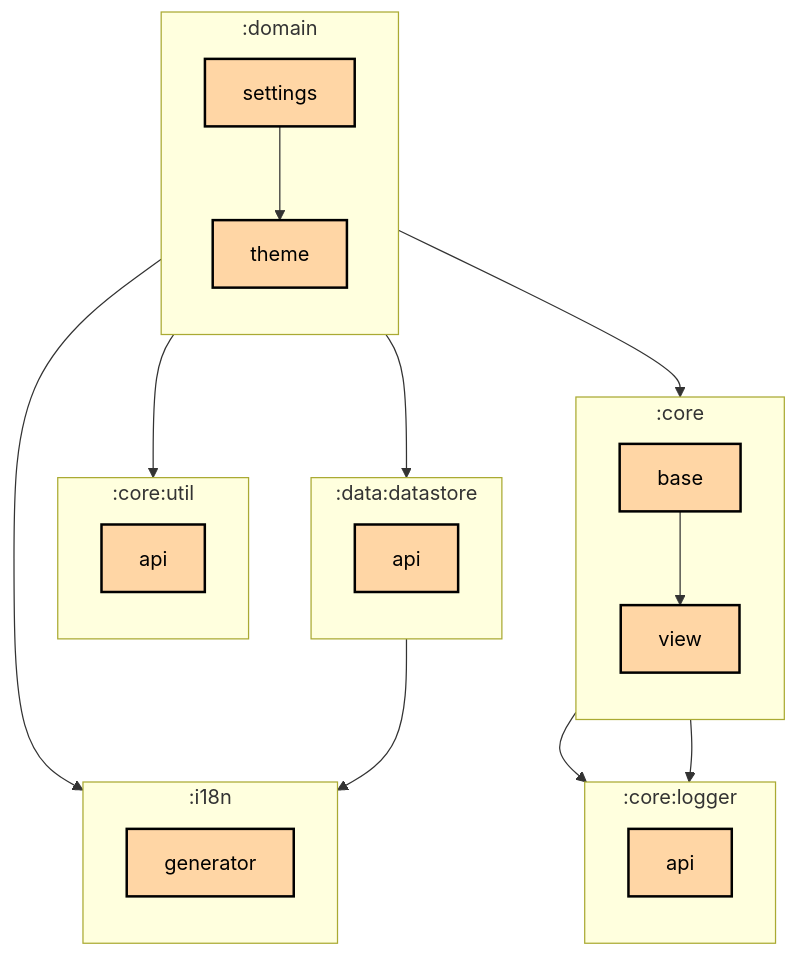
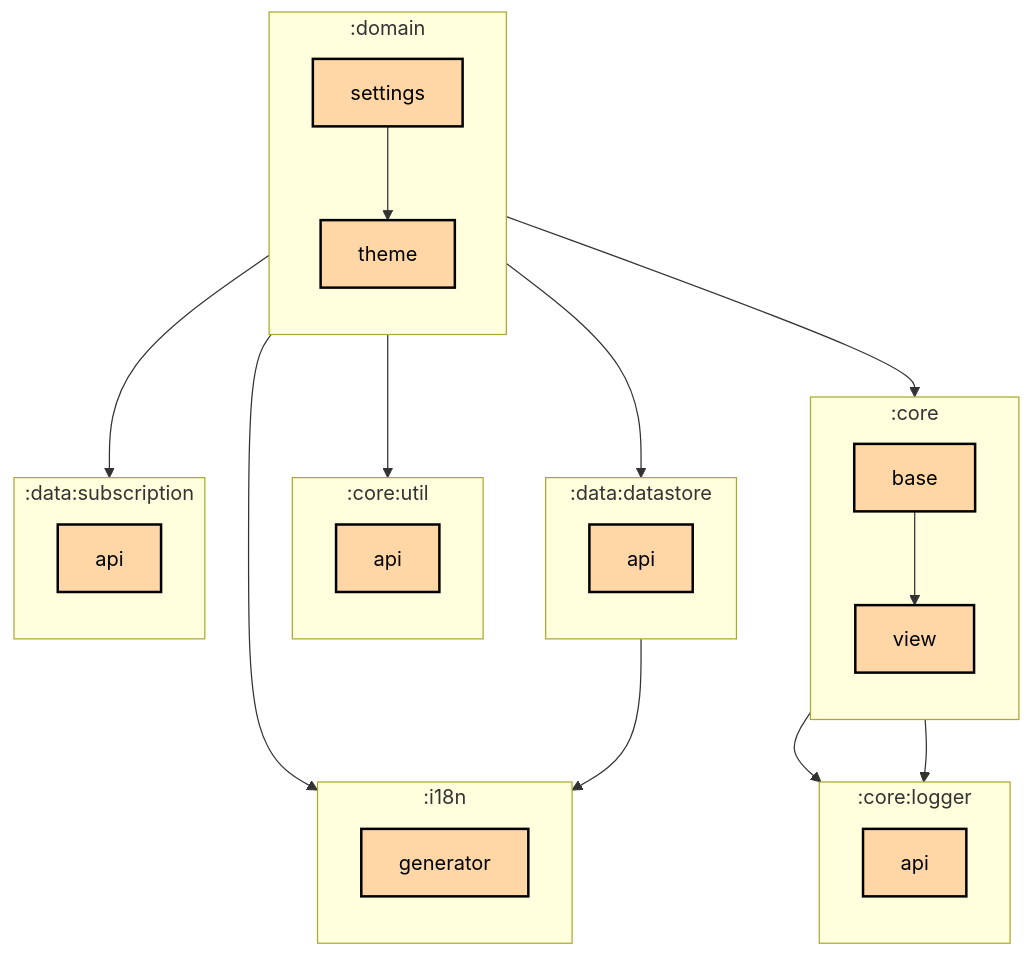
Before and after one commit to thomaskioko/tv-maniac: the first of 2 diagrams in domain/settings/README.md, drawn with Mermaid. The commit also changed 6 other files, not shown here.

````diff
--- a/domain/settings/README.md
+++ b/domain/settings/README.md
@@ -6,45 +6,50 @@
 ```mermaid
 graph TB
   subgraph :core
     direction TB
     :core:base[base]:::multiplatform
     :core:view[view]:::multiplatform
   end
   subgraph :core:logger
     direction TB
     :core:logger:api[api]:::multiplatform
   end
   subgraph :core:util
     direction TB
     :core:util:api[api]:::multiplatform
   end
   subgraph :data:datastore
     direction TB
     :data:datastore:api[api]:::multiplatform
   end
+  subgraph :data:subscription
+    direction TB
+    :data:subscription:api[api]:::multiplatform
+  end
   subgraph :domain
     direction TB
     :domain:settings[settings]:::multiplatform
     :domain:theme[theme]:::multiplatform
   end
   subgraph :i18n
     direction TB
     :i18n:generator[generator]:::multiplatform
   end
 
   :core:base --> :core:logger:api
   :core:base --> :core:view
   :core:view --> :core:logger:api
   :data:datastore:api --> :i18n:generator
   :domain:settings --> :core:base
   :domain:settings --> :core:util:api
   :domain:settings --> :data:datastore:api
+  :domain:settings --> :data:subscription:api
   :domain:settings --> :domain:theme
   :domain:theme --> :i18n:generator
 
 classDef application fill:#CAFFBF,stroke:#000,stroke-width:2px,color:#000;
 classDef multiplatform fill:#FFD6A5,stroke:#000,stroke-width:2px,color:#000;
 classDef android-library fill:#9BF6FF,stroke:#000,stroke-width:2px,color:#000;
 classDef jvm-library fill:#BDB2FF,stroke:#000,stroke-width:2px,color:#000;
 classDef unknown fill:#FFADAD,stroke:#000,stroke-width:2px,color:#000;
 ```
````
